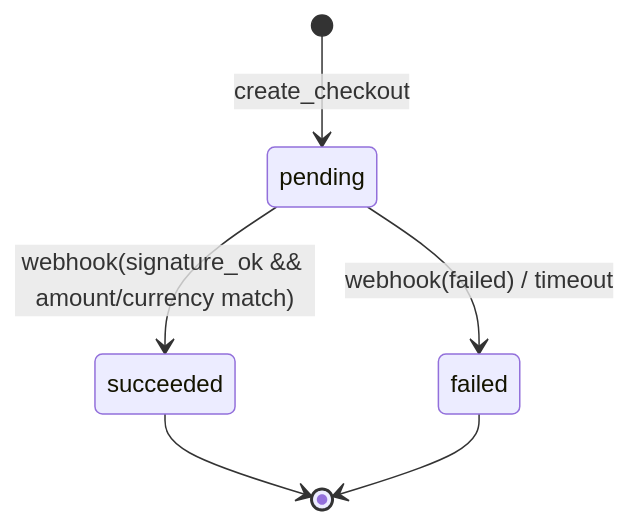
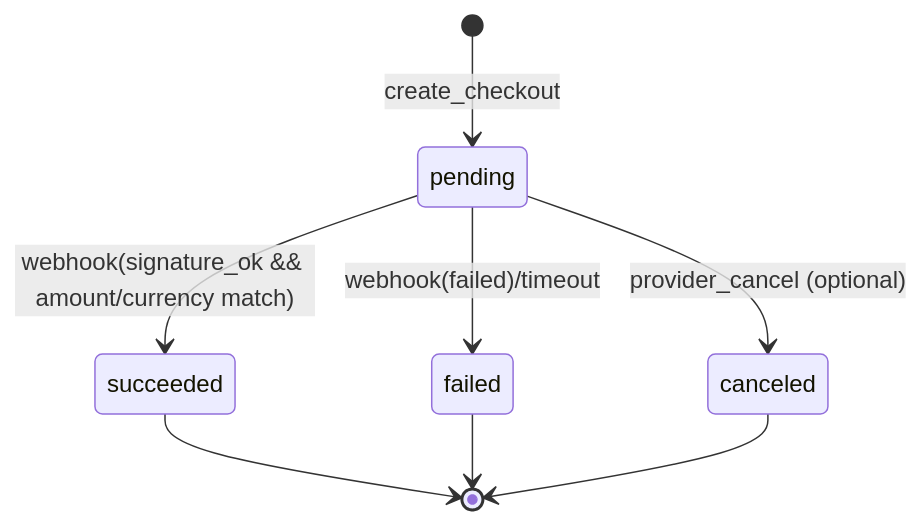
Before and after one commit to Purinat33/hpc_flask: the third of 4 diagrams in docs/03-data-model.md, drawn with Mermaid. The commit also changed other lines of this file, not shown here.

````diff
--- a/docs/03-data-model.md
+++ b/docs/03-data-model.md
@@ -147,8 +151,10 @@
 ```mermaid
 stateDiagram-v2
   [*] --> pending: create_checkout
   pending --> succeeded: webhook(signature_ok && amount/currency match)
-  pending --> failed: webhook(failed) / timeout
+  pending --> failed: webhook(failed)/timeout
+  pending --> canceled: provider_cancel (optional)
   succeeded --> [*]
   failed --> [*]
+  canceled --> [*]
 ```
````
